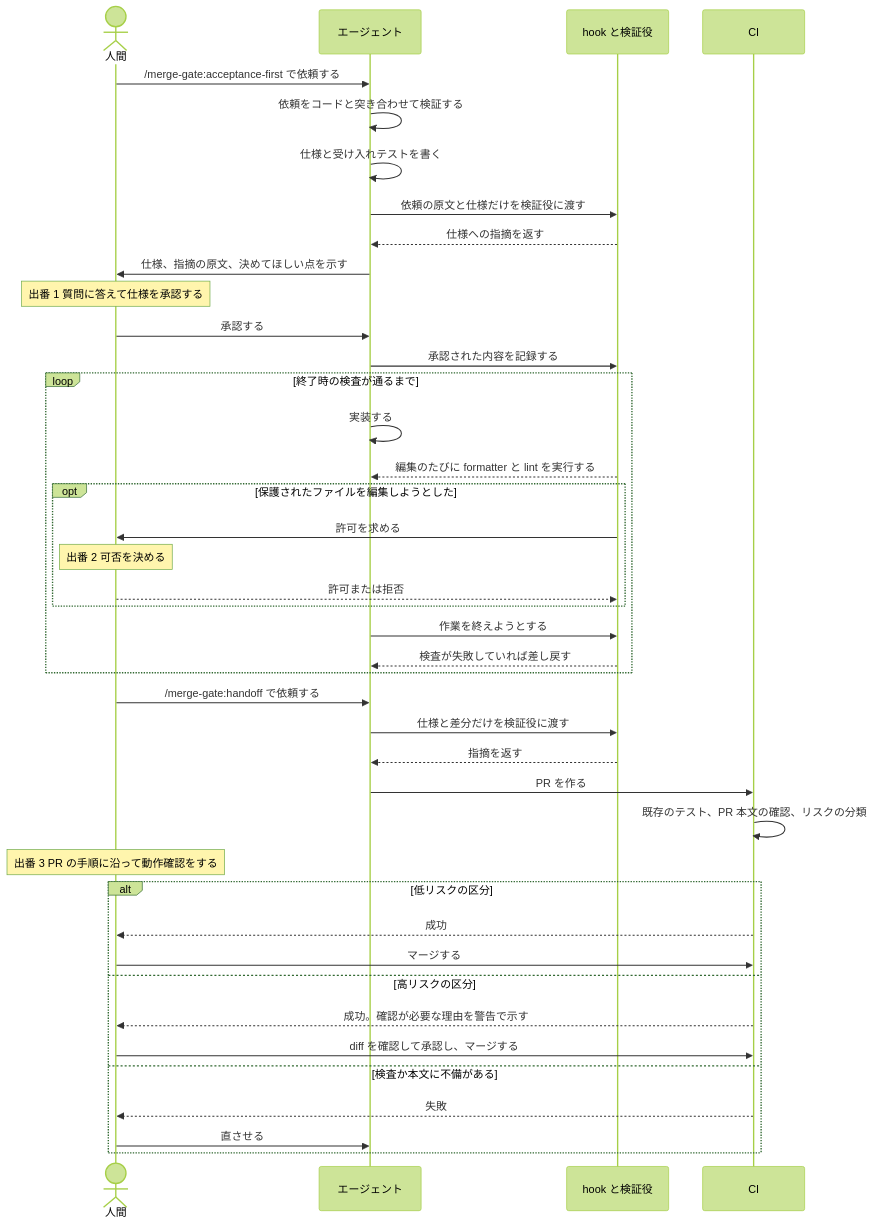
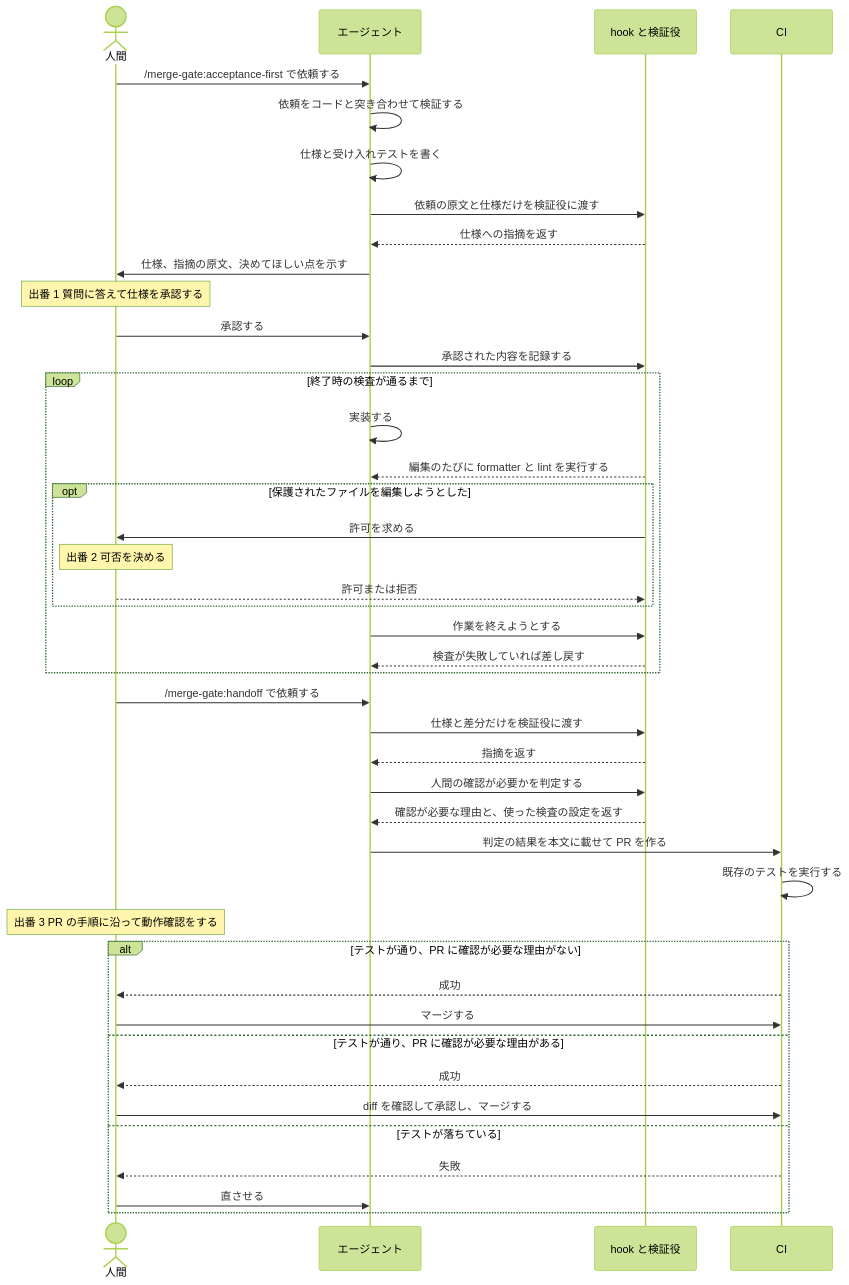
One commit to shoooout/merge-gate-harness changed the second of 2 diagrams in README.md. Above: the diagram before and after it, drawn with Mermaid (forest theme). The commit also changed other lines of this file and 20 other files, not shown here.

````diff
--- a/README.md
+++ b/README.md
@@ -205,47 +230,49 @@
 ```mermaid
 sequenceDiagram
     actor H as 人間
     participant A as エージェント
     participant G as hook と検証役
     participant C as CI
 
     H->>A: /merge-gate:acceptance-first で依頼する
     A->>A: 依頼をコードと突き合わせて検証する
     A->>A: 仕様と受け入れテストを書く
     A->>G: 依頼の原文と仕様だけを検証役に渡す
     G-->>A: 仕様への指摘を返す
     A->>H: 仕様、指摘の原文、決めてほしい点を示す
     Note over H: 出番 1 質問に答えて仕様を承認する
     H->>A: 承認する
     A->>G: 承認された内容を記録する
 
     loop 終了時の検査が通るまで
         A->>A: 実装する
         G-->>A: 編集のたびに formatter と lint を実行する
         opt 保護されたファイルを編集しようとした
             G->>H: 許可を求める
             Note over H: 出番 2 可否を決める
             H-->>G: 許可または拒否
         end
         A->>G: 作業を終えようとする
         G-->>A: 検査が失敗していれば差し戻す
     end
 
     H->>A: /merge-gate:handoff で依頼する
     A->>G: 仕様と差分だけを検証役に渡す
     G-->>A: 指摘を返す
-    A->>C: PR を作る
-    C->>C: 既存のテスト、PR 本文の確認、リスクの分類
+    A->>G: 人間の確認が必要かを判定する
+    G-->>A: 確認が必要な理由と、使った検査の設定を返す
+    A->>C: 判定の結果を本文に載せて PR を作る
+    C->>C: 既存のテストを実行する
 
     Note over H: 出番 3 PR の手順に沿って動作確認をする
-    alt 低リスクの区分
+    alt テストが通り、PR に確認が必要な理由がない
         C-->>H: 成功
         H->>C: マージする
-    else 高リスクの区分
-        C-->>H: 成功。確認が必要な理由を警告で示す
+    else テストが通り、PR に確認が必要な理由がある
+        C-->>H: 成功
         H->>C: diff を確認して承認し、マージする
-    else 検査か本文に不備がある
+    else テストが落ちている
         C-->>H: 失敗
         H->>A: 直させる
     end
 ```
````
